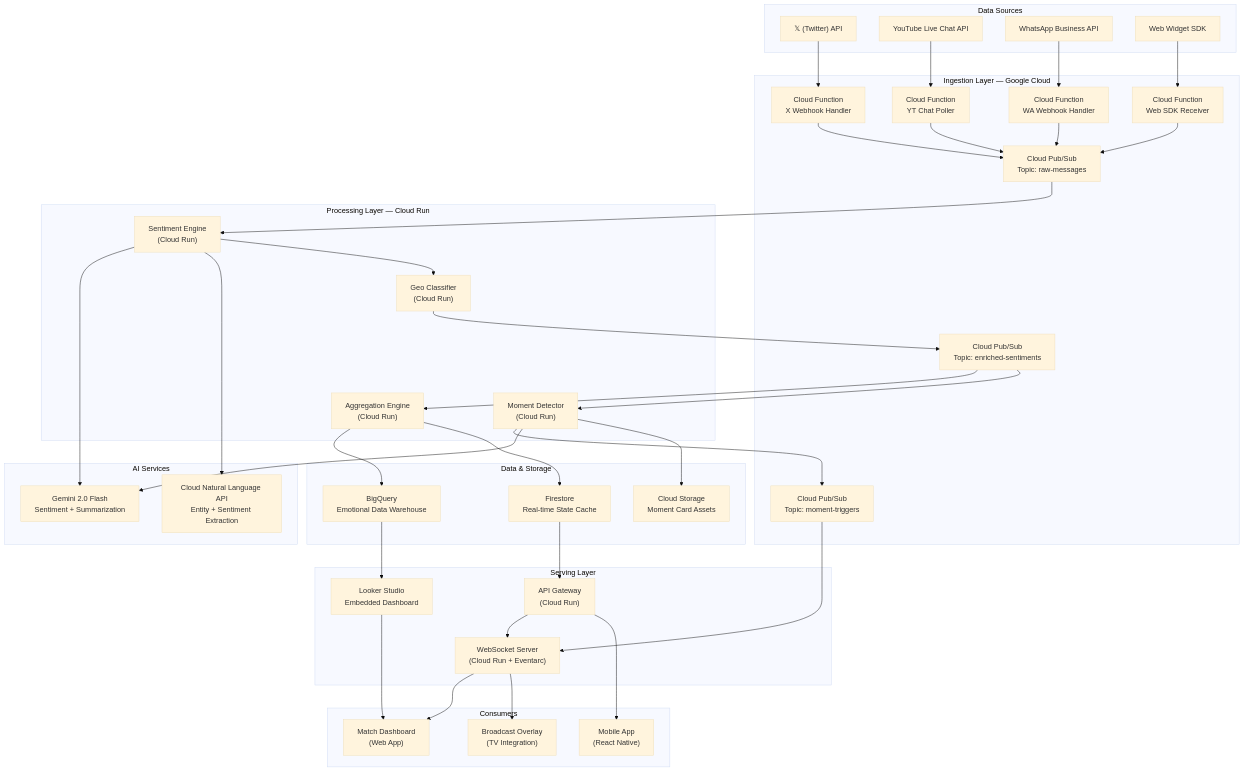
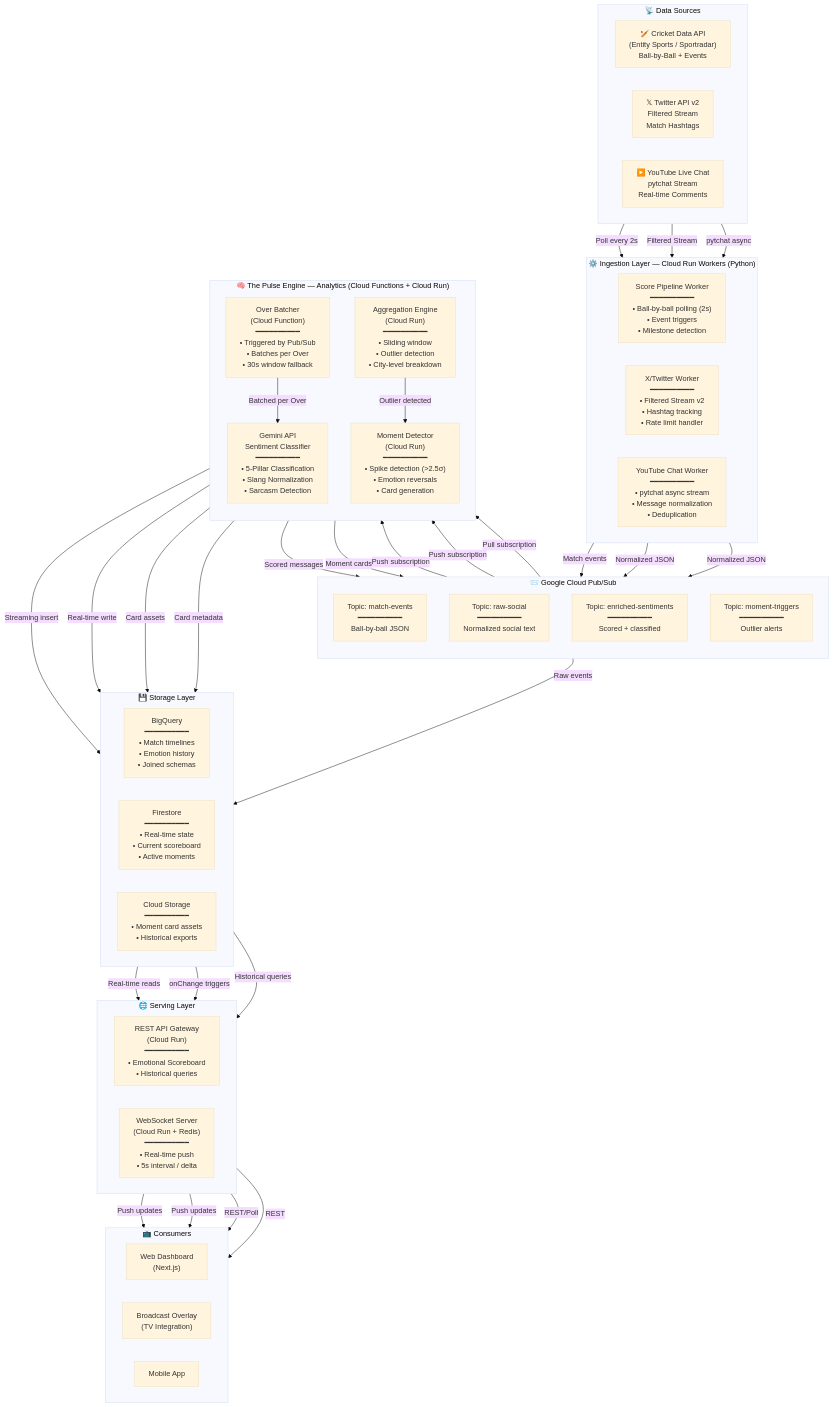
The first of 9 diagrams in docs/architecture.md (neeraj5050/APL-22), drawn with Mermaid (base theme) before and after one commit. The commit also changed other lines of this file and 19 other files, not shown here.

````diff
--- a/docs/architecture.md
+++ b/docs/architecture.md
@@ -5,84 +27,89 @@
 ```mermaid
-graph TB
-    subgraph "Data Sources"
-        X["𝕏 (Twitter) API"]
-        YT["YouTube Live Chat API"]
-        WA["WhatsApp Business API"]
-        WEB["Web Widget SDK"]
+flowchart TB
+    subgraph SOURCES["📡 Data Sources"]
+        direction LR
+        CRICKET_API["🏏 Cricket Data API<br/>(Entity Sports / Sportradar)<br/>Ball-by-Ball + Events"]
+        X_API["𝕏 Twitter API v2<br/>Filtered Stream<br/>Match Hashtags"]
+        YT_CHAT["▶️ YouTube Live Chat<br/>pytchat Stream<br/>Real-time Comments"]
     end
 
-    subgraph "Ingestion Layer — Google Cloud"
-        CF1["Cloud Function<br/>X Webhook Handler"]
-        CF2["Cloud Function<br/>YT Chat Poller"]
-        CF3["Cloud Function<br/>WA Webhook Handler"]
-        CF4["Cloud Function<br/>Web SDK Receiver"]
-        PS["Cloud Pub/Sub<br/>Topic: raw-messages"]
-        PS2["Cloud Pub/Sub<br/>Topic: enriched-sentiments"]
-        PS3["Cloud Pub/Sub<br/>Topic: moment-triggers"]
+    subgraph INGESTION["⚙️ Ingestion Layer — Cloud Run Workers (Python)"]
+        direction LR
+        SCORE_WORKER["Score Pipeline Worker<br/>━━━━━━━━━━<br/>• Ball-by-ball polling (2s)<br/>• Event triggers<br/>• Milestone detection"]
+        X_WORKER["X/Twitter Worker<br/>━━━━━━━━━━<br/>• Filtered Stream v2<br/>• Hashtag tracking<br/>• Rate limit handler"]
+        YT_WORKER["YouTube Chat Worker<br/>━━━━━━━━━━<br/>• pytchat async stream<br/>• Message normalization<br/>• Deduplication"]
     end
 
-    subgraph "Processing Layer — Cloud Run"
-        CR1["Sentiment Engine<br/>(Cloud Run)"]
-        CR2["Geo Classifier<br/>(Cloud Run)"]
-        CR3["Aggregation Engine<br/>(Cloud Run)"]
-        CR4["Moment Detector<br/>(Cloud Run)"]
+    subgraph PUBSUB["📨 Google Cloud Pub/Sub"]
+        direction TB
+        TOPIC_SCORE["Topic: match-events<br/>━━━━━━━━━━<br/>Ball-by-ball JSON"]
+        TOPIC_SOCIAL["Topic: raw-social<br/>━━━━━━━━━━<br/>Normalized social text"]
+        TOPIC_ENRICHED["Topic: enriched-sentiments<br/>━━━━━━━━━━<br/>Scored + classified"]
+        TOPIC_MOMENTS["Topic: moment-triggers<br/>━━━━━━━━━━<br/>Outlier alerts"]
     end
 
-    subgraph "AI Services"
-        GEMINI["Gemini 2.0 Flash<br/>Sentiment + Summarization"]
-        NLP["Cloud Natural Language API<br/>Entity + Sentiment Extraction"]
+    subgraph PULSE["🧠 The Pulse Engine — Analytics (Cloud Functions + Cloud Run)"]
+        direction TB
+        BATCHER["Over Batcher<br/>(Cloud Function)<br/>━━━━━━━━━━<br/>• Triggered by Pub/Sub<br/>• Batches per Over<br/>• 30s window fallback"]
+        GEMINI["Gemini API<br/>Sentiment Classifier<br/>━━━━━━━━━━<br/>• 5-Pillar Classification<br/>• Slang Normalization<br/>• Sarcasm Detection"]
+        AGGREGATOR["Aggregation Engine<br/>(Cloud Run)<br/>━━━━━━━━━━<br/>• Sliding window<br/>• Outlier detection<br/>• City-level breakdown"]
+        MOMENT_ENGINE["Moment Detector<br/>(Cloud Run)<br/>━━━━━━━━━━<br/>• Spike detection (>2.5σ)<br/>• Emotion reversals<br/>• Card generation"]
     end
 
-    subgraph "Data & Storage"
-        BQ["BigQuery<br/>Emotional Data Warehouse"]
-        FS["Firestore<br/>Real-time State Cache"]
-        GCS["Cloud Storage<br/>Moment Card Assets"]
+    subgraph STORAGE["💾 Storage Layer"]
+        direction LR
+        BQ["BigQuery<br/>━━━━━━━━━━<br/>• Match timelines<br/>• Emotion history<br/>• Joined schemas"]
+        FIRESTORE["Firestore<br/>━━━━━━━━━━<br/>• Real-time state<br/>• Current scoreboard<br/>• Active moments"]
+        GCS["Cloud Storage<br/>━━━━━━━━━━<br/>• Moment card assets<br/>• Historical exports"]
     end
 
-    subgraph "Serving Layer"
-        CR5["API Gateway<br/>(Cloud Run)"]
-        WS["WebSocket Server<br/>(Cloud Run + Eventarc)"]
-        LOOKER["Looker Studio<br/>Embedded Dashboard"]
+    subgraph SERVING["🌐 Serving Layer"]
+        direction LR
+        API_GW["REST API Gateway<br/>(Cloud Run)<br/>━━━━━━━━━━<br/>• Emotional Scoreboard<br/>• Historical queries"]
+        WS_SERVER["WebSocket Server<br/>(Cloud Run + Redis)<br/>━━━━━━━━━━<br/>• Real-time push<br/>• 5s interval / delta"]
     end
 
-    subgraph "Consumers"
-        DASH["Match Dashboard<br/>(Web App)"]
-        TV["Broadcast Overlay<br/>(TV Integration)"]
-        MOBILE["Mobile App<br/>(React Native)"]
+    subgraph CONSUMERS["📺 Consumers"]
+        direction LR
+        DASHBOARD["Web Dashboard<br/>(Next.js)"]
+        BROADCAST["Broadcast Overlay<br/>(TV Integration)"]
+        MOBILE["Mobile App"]
     end
 
-    X --> CF1
-    YT --> CF2
-    WA --> CF3
-    WEB --> CF4
+    %% Data Source → Ingestion
+    CRICKET_API -->|"Poll every 2s"| SCORE_WORKER
+    X_API -->|"Filtered Stream"| X_WORKER
+    YT_CHAT -->|"pytchat async"| YT_WORKER
 
-    CF1 --> PS
-    CF2 --> PS
-    CF3 --> PS
-    CF4 --> PS
+    %% Ingestion → Pub/Sub
+    SCORE_WORKER -->|"Match events"| TOPIC_SCORE
+    X_WORKER -->|"Normalized JSON"| TOPIC_SOCIAL
+    YT_WORKER -->|"Normalized JSON"| TOPIC_SOCIAL
 
-    PS --> CR1
-    CR1 --> GEMINI
-    CR1 --> NLP
-    CR1 --> CR2
-    CR2 --> PS2
+    %% Pub/Sub → Pulse Engine
+    TOPIC_SOCIAL -->|"Push subscription"| BATCHER
+    TOPIC_SCORE -->|"Push subscription"| BATCHER
+    BATCHER -->|"Batched per Over"| GEMINI
+    GEMINI -->|"Scored messages"| TOPIC_ENRICHED
+    TOPIC_ENRICHED -->|"Pull subscription"| AGGREGATOR
+    AGGREGATOR -->|"Outlier detected"| MOMENT_ENGINE
+    MOMENT_ENGINE -->|"Moment cards"| TOPIC_MOMENTS
 
-    PS2 --> CR3
-    PS2 --> CR4
-    CR4 --> PS3
-    CR4 --> GEMINI
+    %% Pulse Engine → Storage
+    AGGREGATOR -->|"Streaming insert"| BQ
+    AGGREGATOR -->|"Real-time write"| FIRESTORE
+    MOMENT_ENGINE -->|"Card assets"| GCS
+    MOMENT_ENGINE -->|"Card metadata"| FIRESTORE
+    TOPIC_SCORE -->|"Raw events"| BQ
 
-    CR3 --> BQ
-    CR3 --> FS
-    CR4 --> GCS
-    PS3 --> WS
+    %% Storage → Serving
+    FIRESTORE -->|"Real-time reads"| API_GW
+    FIRESTORE -->|"onChange triggers"| WS_SERVER
+    BQ -->|"Historical queries"| API_GW
 
-    FS --> CR5
-    BQ --> LOOKER
-    CR5 --> WS
-
-    WS --> DASH
-    WS --> TV
-    CR5 --> MOBILE
-    LOOKER --> DASH
+    %% Serving → Consumers
+    WS_SERVER -->|"Push updates"| DASHBOARD
+    WS_SERVER -->|"Push updates"| BROADCAST
+    API_GW -->|"REST/Poll"| MOBILE
+    API_GW -->|"REST"| BROADCAST
 ```
````
